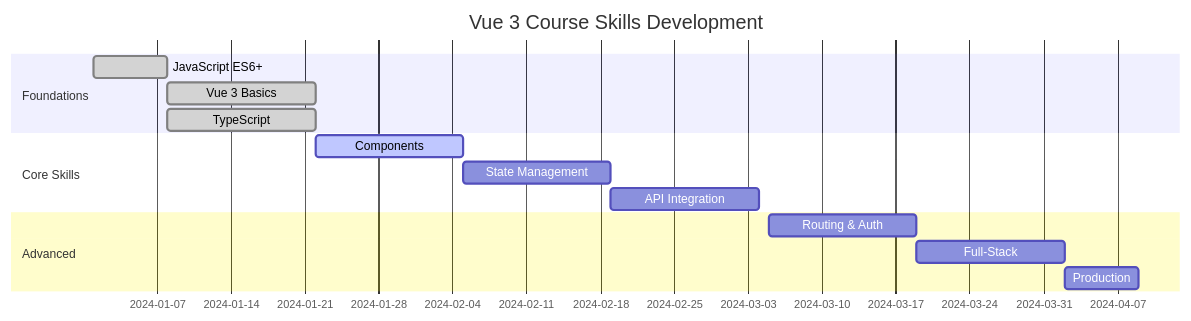
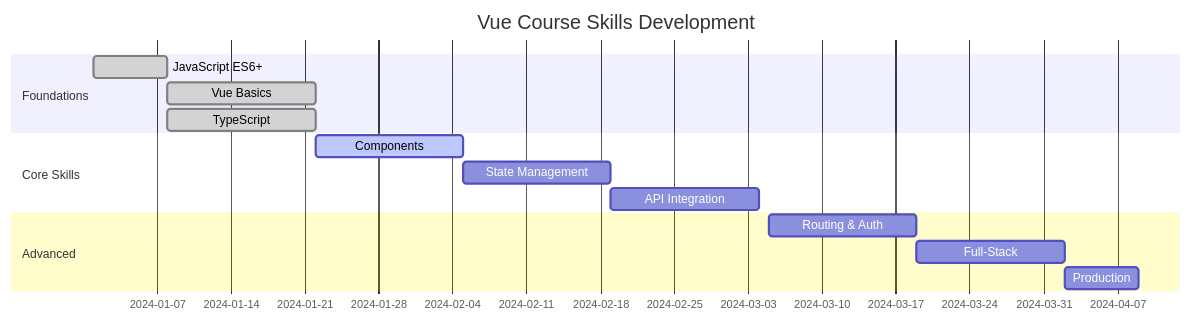
One commit to longndt/vue-course changed the second of 3 diagrams in diagrams/course-roadmap.md. Above: the diagram before and after it, drawn with Mermaid. The commit also changed other lines of this file and 88 other files, not shown here.

````diff
--- a/diagrams/course-roadmap.md
+++ b/diagrams/course-roadmap.md
@@ -73,19 +73,19 @@
 ```mermaid
 gantt
-    title Vue 3 Course Skills Development
+    title Vue Course Skills Development
     dateFormat  YYYY-MM-DD
     section Foundations
     JavaScript ES6+     :done, js, 2024-01-01, 1w
-    Vue 3 Basics        :done, vue, 2024-01-08, 2w
+    Vue Basics        :done, vue, 2024-01-08, 2w
     TypeScript          :done, ts, 2024-01-08, 2w
 
     section Core Skills
     Components          :active, comp, 2024-01-22, 2w
     State Management    :state, 2024-02-05, 2w
     API Integration     :api, 2024-02-19, 2w
 
     section Advanced
     Routing & Auth      :auth, 2024-03-05, 2w
     Full-Stack          :full, 2024-03-19, 2w
     Production          :prod, 2024-04-02, 1w
 ```
````
